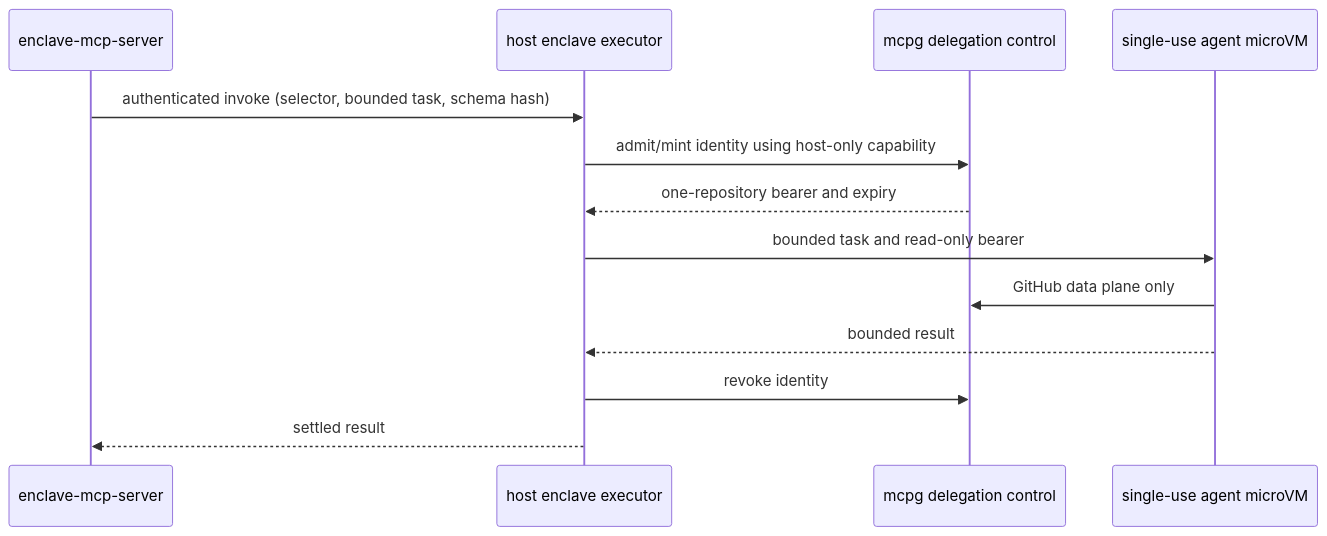
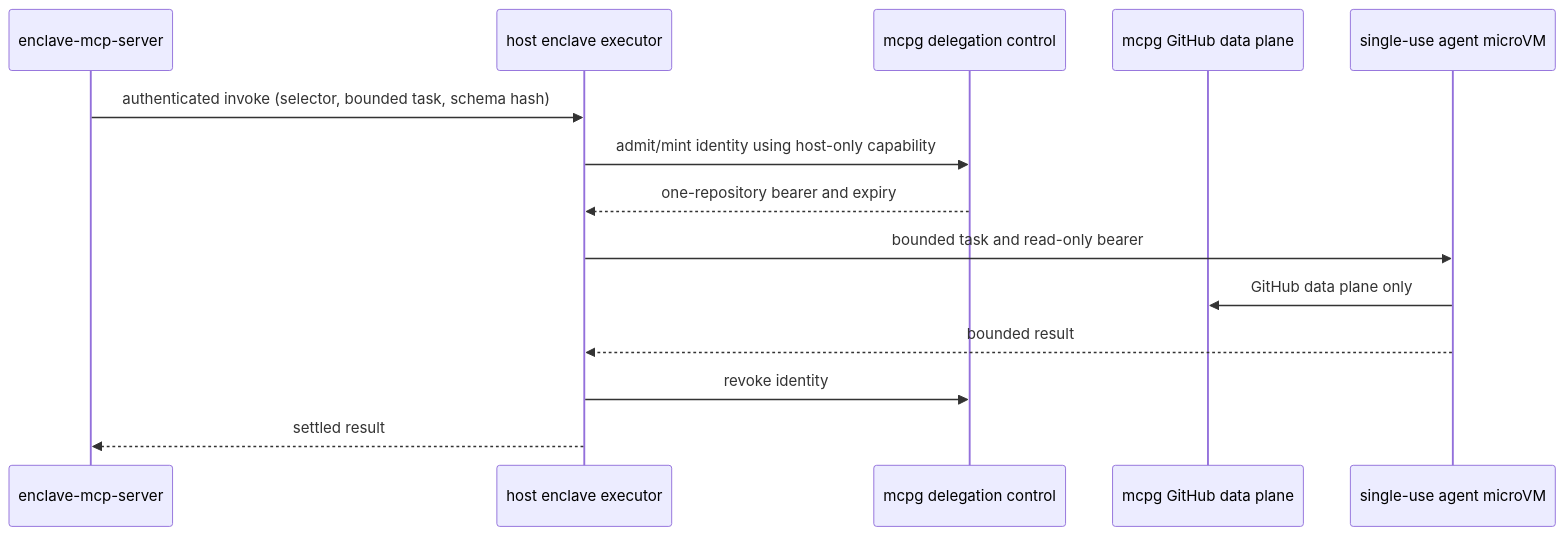
The third of 3 diagrams in docs/adr/0002-cloud-hypervisor-enclave-executor.md (github/gh-aw-firewall), drawn with Mermaid before and after one commit.

Commit message:
Update participant communication for GitHub data plane

````diff
--- a/docs/adr/0002-cloud-hypervisor-enclave-executor.md
+++ b/docs/adr/0002-cloud-hypervisor-enclave-executor.md
@@ -86,15 +86,16 @@
 ```mermaid
 sequenceDiagram
   participant B as enclave-mcp-server
   participant H as host enclave executor
   participant C as mcpg delegation control
+  participant G as mcpg GitHub data plane
   participant V as single-use agent microVM
   B->>H: authenticated invoke (selector, bounded task, schema hash)
   H->>C: admit/mint identity using host-only capability
   C-->>H: one-repository bearer and expiry
   H->>V: bounded task and read-only bearer
-  V->>C: GitHub data plane only
+  V->>G: GitHub data plane only
   V-->>H: bounded result
   H->>C: revoke identity
   H-->>B: settled result
 ```
````
